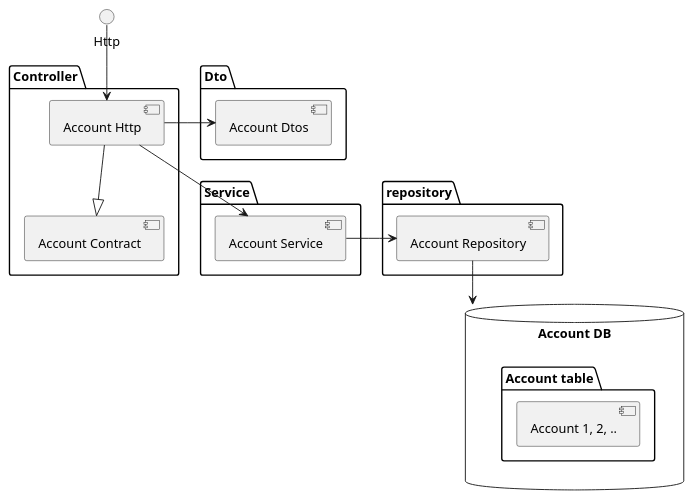
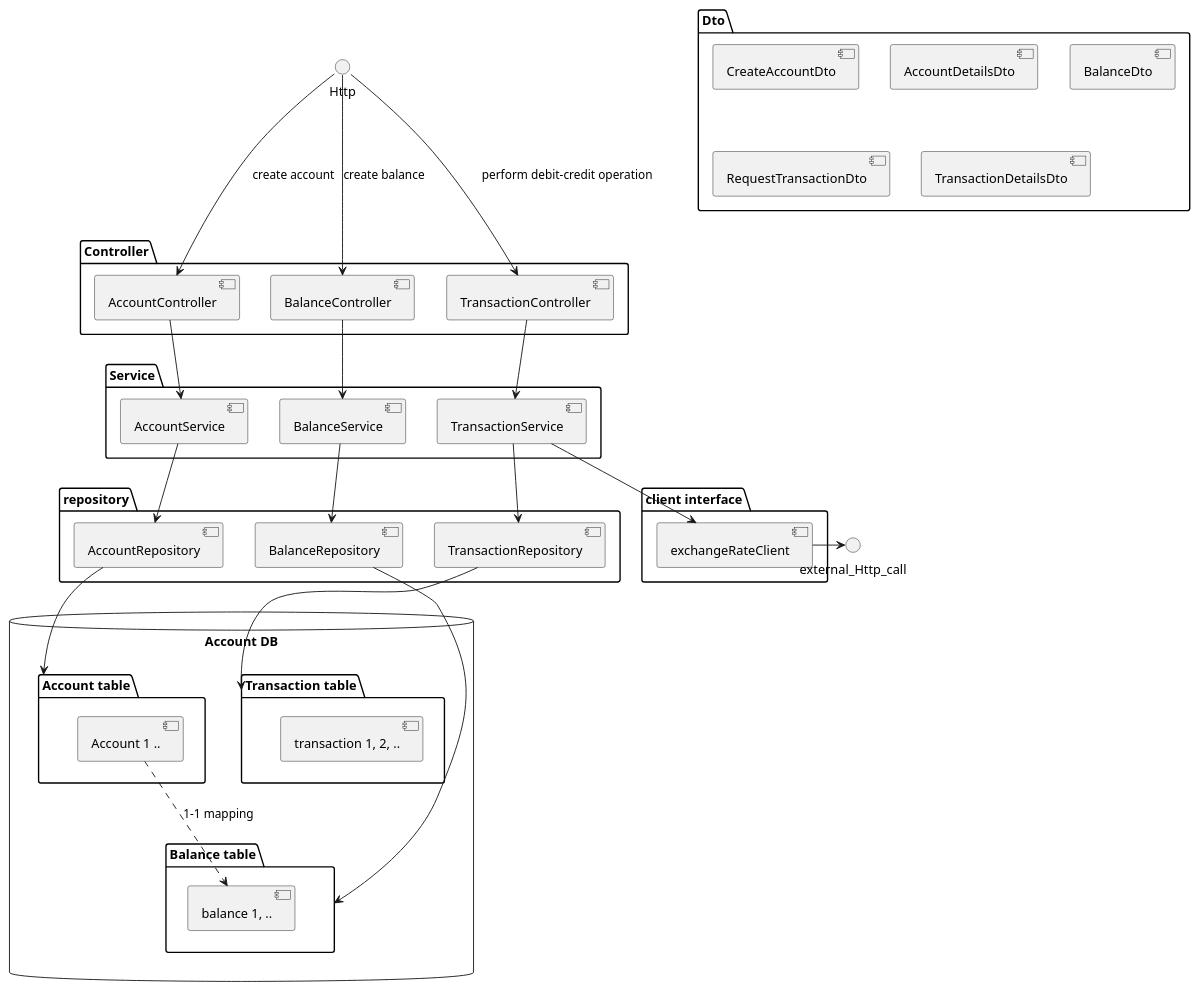
The diagram in components.puml (Thor-TechSavy/account-ms), drawn with PlantUML before and after one commit. The commit also changed 12 other files, not shown here.

Commit message:
component diagrams + sequence diagrams + evolved the readme.md

```diff
--- a/components.puml
+++ b/components.puml
@@ -1,36 +1,68 @@
 @startuml
 'https://plantuml.com/component-diagram
 
 package "Dto" {
-  [Account Dtos]
+  [CreateAccountDto]
+  [AccountDetailsDto]
+  [BalanceDto]
+  [RequestTransactionDto]
+  [TransactionDetailsDto]
 }
 
 package "Controller" {
-  [Account Http] --|> [Account Contract]
+  [AccountController] as account
+  [BalanceController] as balance
+  [TransactionController] as transaction
 }
 
 package "repository" {
-  [Account Repository]
+  [AccountRepository] as accountRepo
+  [BalanceRepository] as balanceRepo
+  [TransactionRepository] as transactionRepo
 }
 
 package "Service" {
-  [Account Service]
+  [AccountService] as accountService
+  [BalanceService] as balanceService
+  [TransactionService] as transactionService
+}
+
+package "client interface" {
+[exchangeRateClient] as exchangeRateInterface
 }
 
 database "Account DB" {
-  folder "Account table" as accounts {
-    [Account 1, 2, ..]
+  folder "Account table" as accountTable {
+    [Account 1 ..] as accountRecord
   }
+  folder "Balance table" as balanceTable {
+    [balance 1, ..] as balanceRecord
+  }
+  folder "Transaction table" as transactionTable {
+    [transaction 1, 2, ..]
+  }
+
+  accountRecord ..> balanceRecord : 1-1 mapping
 }
 
-Http -down-> [Account Http]
+'account creation
+Http --down-> account : create account
+account -> accountService
+accountService -> accountRepo
+accountRepo -> accountTable
 
-[Account Http] -> [Account Dtos]
+'balance addition
+Http -down-> balance : create balance
+balance --> balanceService
+balanceService --> balanceRepo
+balanceRepo --> balanceTable
 
-[Account Http] --> [Account Service]
-
-[Account Service] -> [Account Repository]
-
-[Account Repository] --> [Account DB]
+'debit credit operation
+Http -down-> transaction : perform debit-credit operation
+transaction --> transactionService
+transactionService --> exchangeRateInterface
+exchangeRateInterface -> external_Http_call
+transactionService --> transactionRepo
+transactionRepo --> transactionTable
 
 @enduml
```
